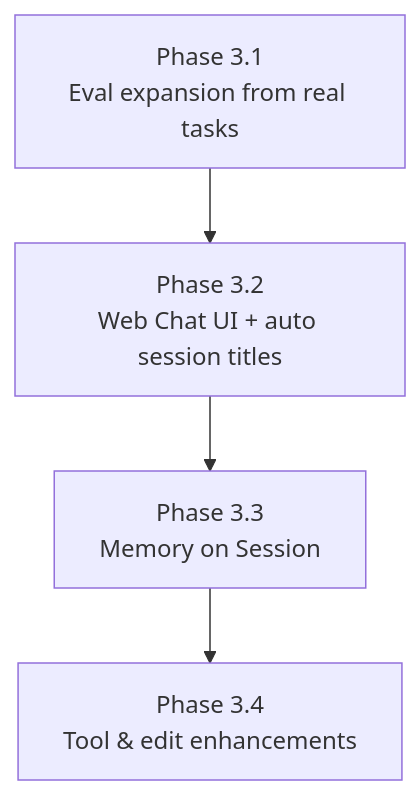
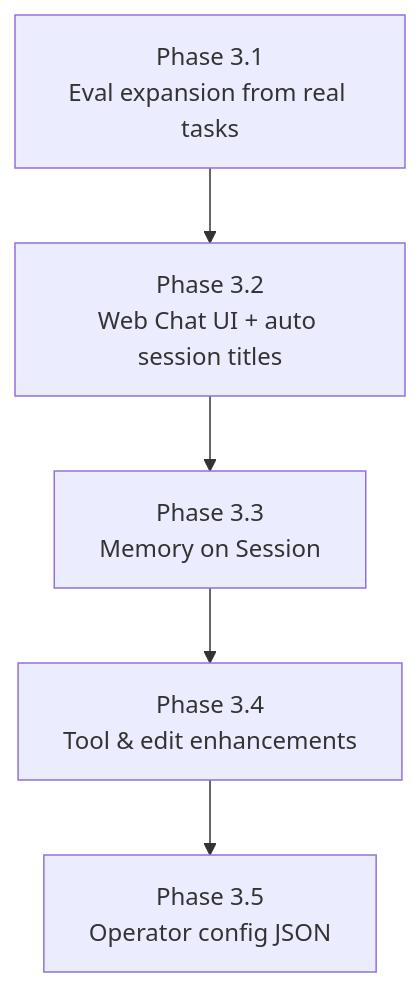
Before and after one commit to zhumengzhu/HarnessLab: the second of 3 diagrams in docs/roadmap.md, drawn with Mermaid. The commit also changed other lines of this file and 56 other files, not shown here.

````diff
--- a/docs/roadmap.md
+++ b/docs/roadmap.md
@@ -508,9 +510,10 @@
 ```mermaid
 flowchart TD
     P31[Phase 3.1<br/>Eval expansion from real tasks]
     P32[Phase 3.2<br/>Web Chat UI + auto session titles]
     P33[Phase 3.3<br/>Memory on Session]
     P34[Phase 3.4<br/>Tool & edit enhancements]
+    P35[Phase 3.5<br/>Operator config JSON]
 
-    P31 --> P32 --> P33 --> P34
+    P31 --> P32 --> P33 --> P34 --> P35
 ```
````
